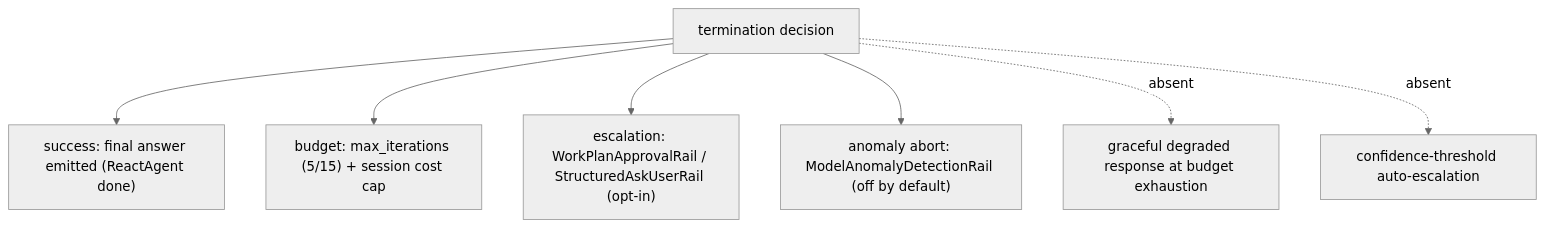
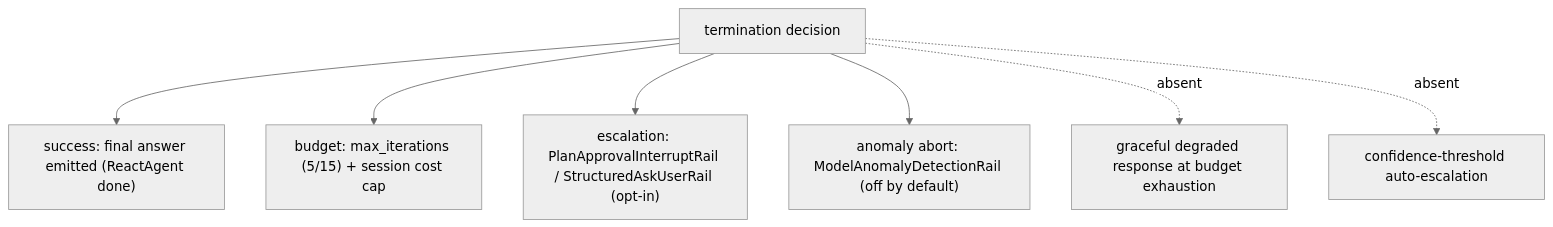
One commit to michaelatamuk/openjiuwen-knowledge changed diagram 12 of 13 in content/topics/05-agent-fundamentals-and-the-loop.md. Above: the diagram before and after it, drawn with Mermaid (neutral theme). The commit also changed other lines of this file and 47 other files, not shown here.

````diff
--- a/content/topics/05-agent-fundamentals-and-the-loop.md
+++ b/content/topics/05-agent-fundamentals-and-the-loop.md
@@ -326,9 +326,9 @@
 ```mermaid
 flowchart TD
     T["termination decision"] --> S["success: final answer emitted (ReactAgent done)"]
     T --> B["budget: max_iterations (5/15) + session cost cap"]
-    T --> E["escalation: WorkPlanApprovalRail / StructuredAskUserRail (opt-in)"]
+    T --> E["escalation: PlanApprovalInterruptRail / StructuredAskUserRail (opt-in)"]
     T --> A["anomaly abort: ModelAnomalyDetectionRail (off by default)"]
     T -.->|"absent"| D["graceful degraded response at budget exhaustion"]
     T -.->|"absent"| C["confidence-threshold auto-escalation"]
 ```
````
